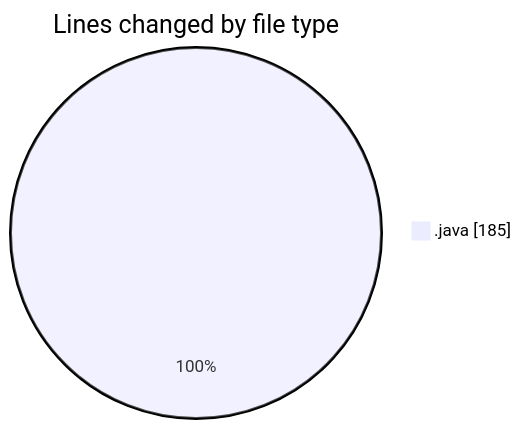
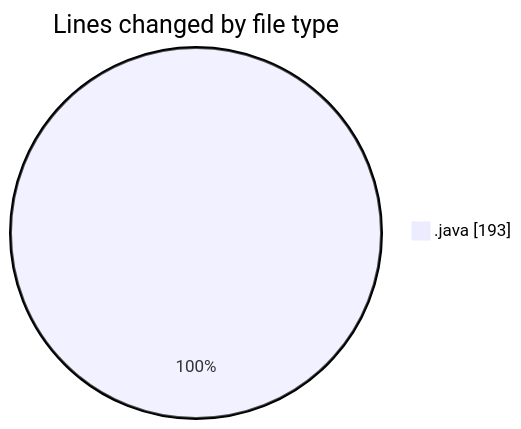
Before and after one commit to ricardozamudiocil/code-tracking: the first of 2 diagrams in 2026-04-28/cilwebcustomercomunication/README.md, drawn with Mermaid. The commit also changed other lines of this file and 1 other file, not shown here.

````diff
--- a/2026-04-28/cilwebcustomercomunication/README.md
+++ b/2026-04-28/cilwebcustomercomunication/README.md
@@ -20,5 +20,5 @@
 ```mermaid
 pie showData
 title Lines changed by file type
-".java" : 185
+".java" : 193
 ```
````
